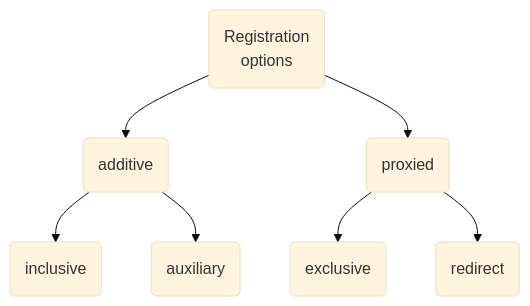
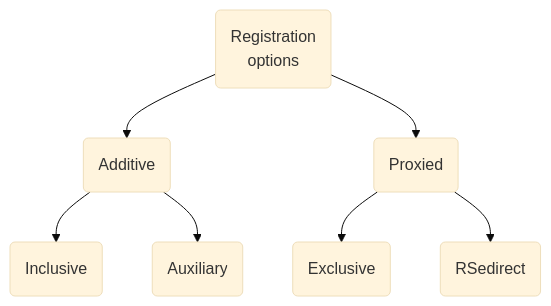
The diagram in README.MD (cristianmartella/fdsc-scenario-02), drawn with Mermaid (base theme) before and after one commit. The commit also changed other lines of this file, not shown here.

Commit message:
add demo scenario section to README; improve diagram labels for clarity

````diff
--- a/README.MD
+++ b/README.MD
@@ -36,10 +37,10 @@
 ```mermaid
 graph TD;
     root(Registration
-        options)-->additive(additive);
-    root-->proxied(proxied);
-    additive-->inclusive(inclusive);
-    additive-->auxiliary(auxiliary);
-    proxied-->exclusive(exclusive);
-    proxied-->redirect(redirect);
+        options)-->additive(Additive);
+    root-->proxied(Proxied);
+    additive-->inclusive(Inclusive);
+    additive-->auxiliary(Auxiliary);
+    proxied-->exclusive(Exclusive);
+    proxied-->redirect(RSedirect);
 ```
````
